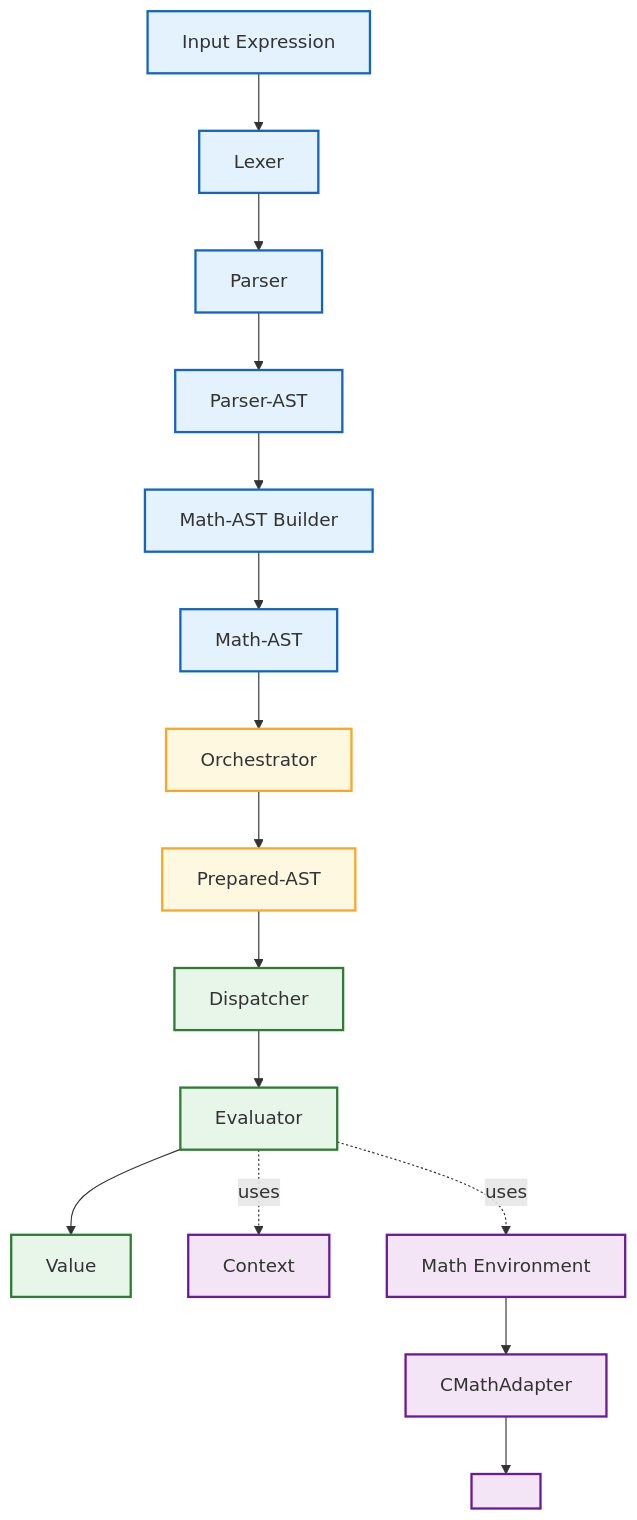
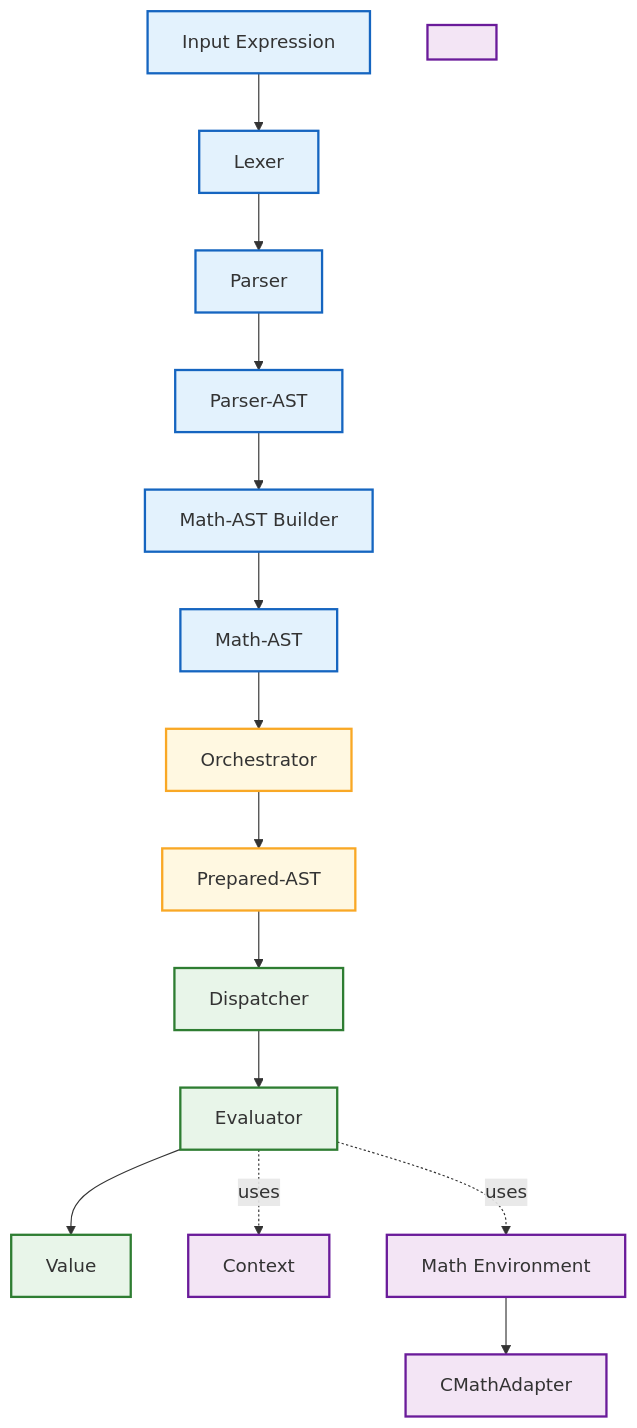
The diagram in docs/Architecture.md (acarlos01sc/numathap), drawn with Mermaid before and after one commit.

Commit message:
Documentation

````diff
--- a/docs/Architecture.md
+++ b/docs/Architecture.md
@@ -415,55 +415,54 @@
 ```mermaid
 flowchart TD
 
     %% ---------- Front-end ----------
     Input["Input Expression"]
     Lexer["Lexer"]
     Parser["Parser"]
     PAST["Parser-AST"]
     Builder["Math-AST Builder"]
     MAST["Math-AST"]
 
     %% ---------- Preparation ----------
     Orch["Orchestrator"]
     Prep["Prepared-AST"]
 
     %% ---------- Execution ----------
     Dispatcher["Dispatcher"]
     Eval["Evaluator"]
     Value["Value"]
 
     %% ---------- Runtime ----------
     Context["Context"]
     Env["Math Environment"]
     Adapter["CMathAdapter"]
     CMath["<cmath>"]
 
     %% ---------- Pipeline ----------
     Input --> Lexer
     Lexer --> Parser
     Parser --> PAST
     PAST --> Builder
     Builder --> MAST
     MAST --> Orch
     Orch --> Prep
     Prep --> Dispatcher
     Dispatcher --> Eval
     Eval --> Value
 
     %% ---------- Runtime dependencies ----------
     Eval -. uses .-> Context
     Eval -. uses .-> Env
     Env --> Adapter
-    Adapter --> CMath
 
     %% ---------- Styles ----------
     classDef frontend fill:#E3F2FD,stroke:#1565C0,stroke-width:2px;
     classDef prep fill:#FFF8E1,stroke:#F9A825,stroke-width:2px;
     classDef exec fill:#E8F5E9,stroke:#2E7D32,stroke-width:2px;
     classDef runtime fill:#F3E5F5,stroke:#6A1B9A,stroke-width:2px;
 
     class Input,Lexer,Parser,PAST,Builder,MAST frontend;
     class Orch,Prep prep;
     class Dispatcher,Eval,Value exec;
     class Context,Env,Adapter,CMath runtime;
 ```
````
